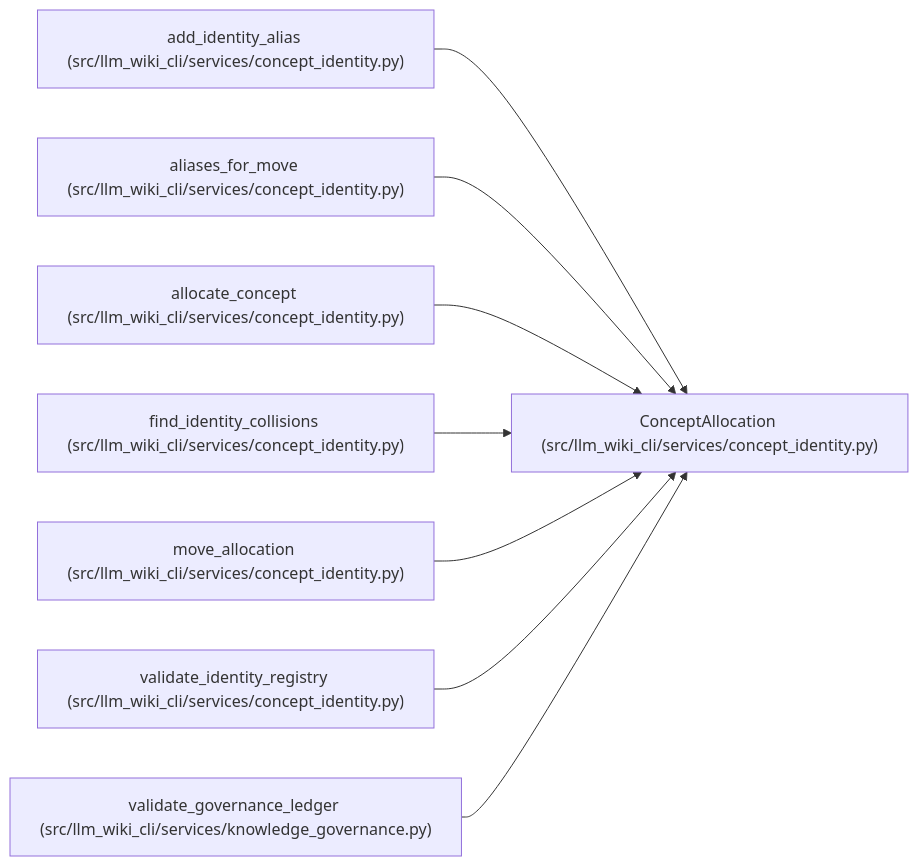
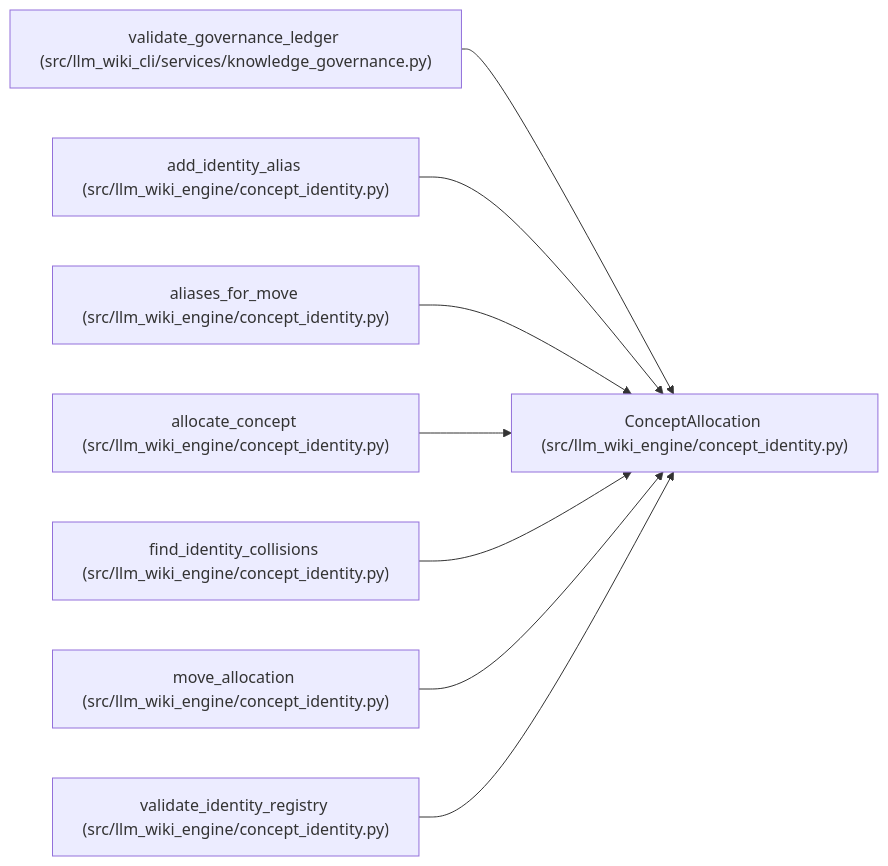
Before and after one commit to Denissvgn/python-wiki-llm: the diagram in docs/llm_wiki/entities/ConceptAllocation.md, drawn with Mermaid. The commit also changed other lines of this file and 1103 other files, not shown here.

First line of the commit message:
docs: refresh the wiki for the llm-wiki-engine distribution

````diff
--- a/docs/llm_wiki/entities/ConceptAllocation.md
+++ b/docs/llm_wiki/entities/ConceptAllocation.md
@@ -33,26 +33,26 @@
 ```mermaid
 flowchart LR
-    n0["ConceptAllocation (src/llm_wiki_cli/services/concept_identity.py)"]
-    n1["add_identity_alias (src/llm_wiki_cli/services/concept_identity.py)"]
-    n2["aliases_for_move (src/llm_wiki_cli/services/concept_identity.py)"]
-    n3["allocate_concept (src/llm_wiki_cli/services/concept_identity.py)"]
-    n4["find_identity_collisions (src/llm_wiki_cli/services/concept_identity.py)"]
-    n5["move_allocation (src/llm_wiki_cli/services/concept_identity.py)"]
-    n6["validate_identity_registry (src/llm_wiki_cli/services/concept_identity.py)"]
-    n7["validate_governance_ledger (src/llm_wiki_cli/services/knowledge_governance.py)"]
+    n0["ConceptAllocation (src/llm_wiki_engine/concept_identity.py)"]
+    n1["validate_governance_ledger (src/llm_wiki_cli/services/knowledge_governance.py)"]
+    n2["add_identity_alias (src/llm_wiki_engine/concept_identity.py)"]
+    n3["aliases_for_move (src/llm_wiki_engine/concept_identity.py)"]
+    n4["allocate_concept (src/llm_wiki_engine/concept_identity.py)"]
+    n5["find_identity_collisions (src/llm_wiki_engine/concept_identity.py)"]
+    n6["move_allocation (src/llm_wiki_engine/concept_identity.py)"]
+    n7["validate_identity_registry (src/llm_wiki_engine/concept_identity.py)"]
     n1 --> n0
     n2 --> n0
     n3 --> n0
     n4 --> n0
     n5 --> n0
     n6 --> n0
     n7 --> n0
     click n0 "../modules/concept_identity.md"
-    click n1 "../modules/concept_identity.md"
+    click n1 "../modules/knowledge_governance.md"
     click n2 "../modules/concept_identity.md"
     click n3 "../modules/concept_identity.md"
     click n4 "../modules/concept_identity.md"
     click n5 "../modules/concept_identity.md"
     click n6 "../modules/concept_identity.md"
-    click n7 "../modules/knowledge_governance.md"
+    click n7 "../modules/concept_identity.md"
 ```
````
